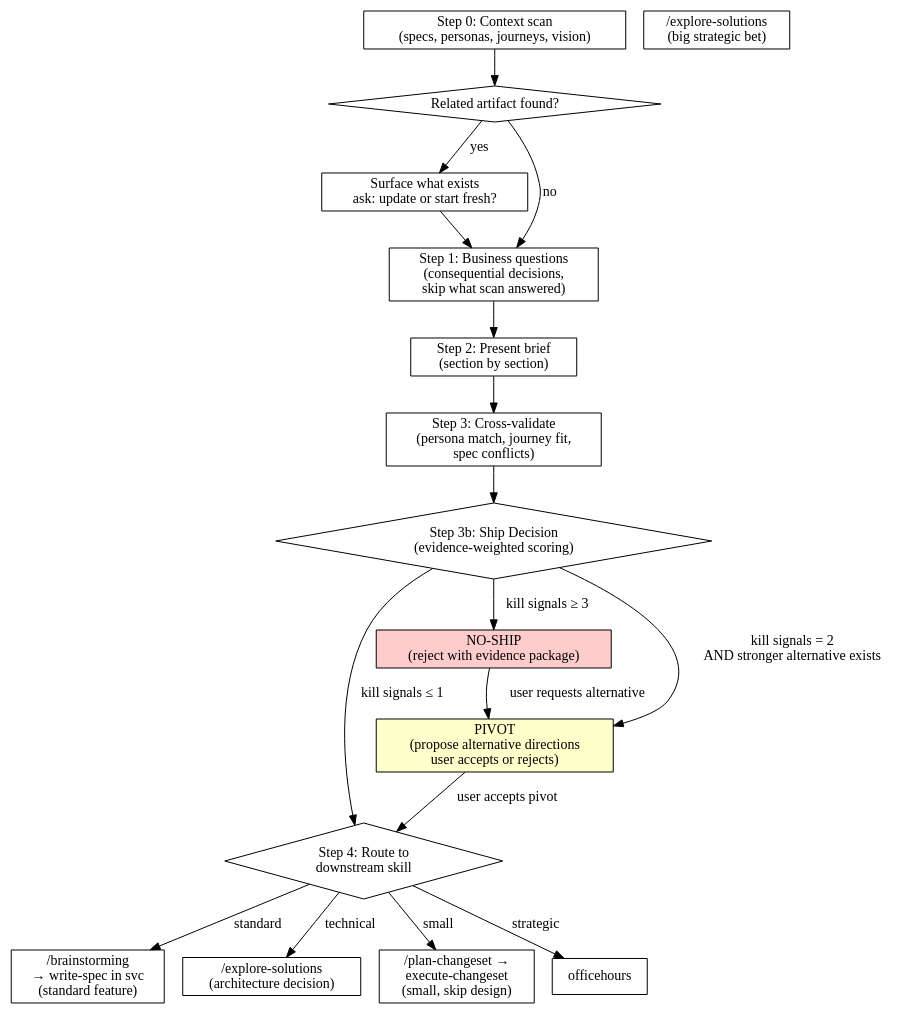
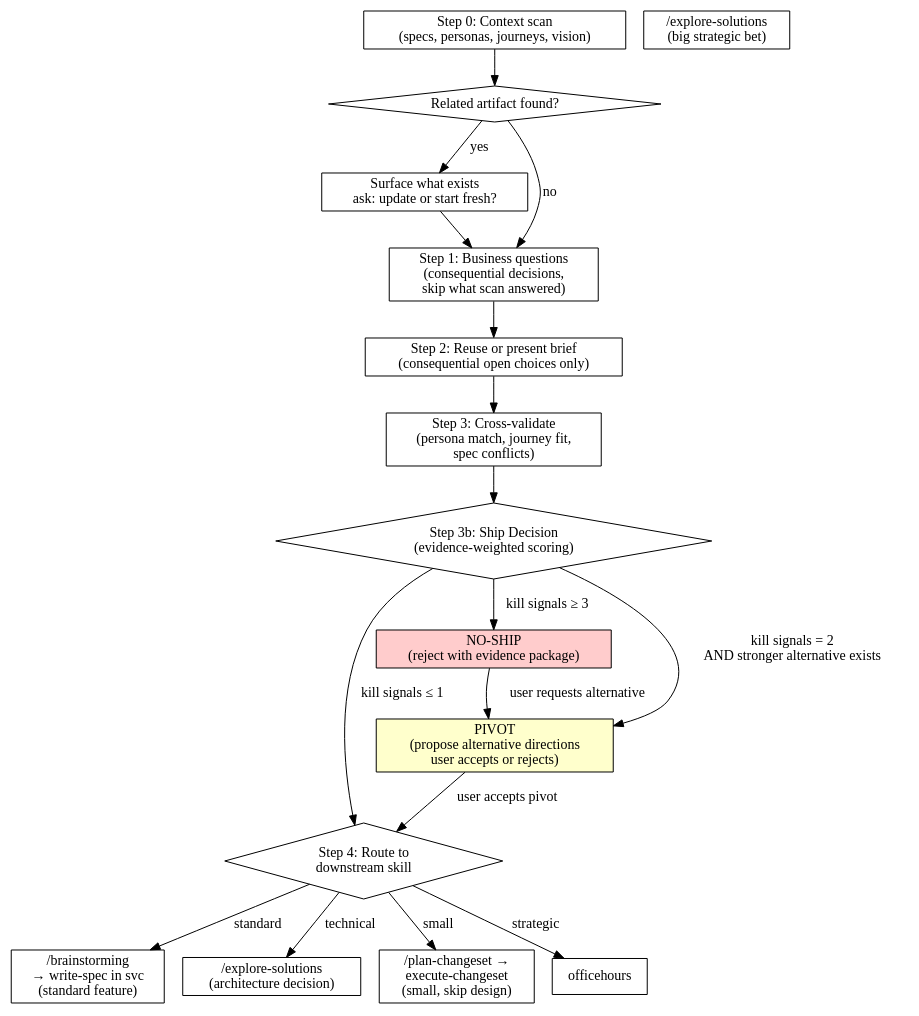
One commit to shipwithstef/ssve changed the diagram in skills/validate-feature/SKILL.md. Above: the diagram before and after it, drawn with Graphviz. The commit also changed other lines of this file and 8 other files, not shown here.

````diff
--- a/skills/validate-feature/SKILL.md
+++ b/skills/validate-feature/SKILL.md
@@ -117,39 +117,39 @@
 ```dot
 digraph feature_discovery {
     rankdir=TB;
     node [shape=box];
 
     scan [label="Step 0: Context scan\n(specs, personas, journeys, vision)"];
     existing [label="Related artifact found?" shape=diamond];
     surface [label="Surface what exists\nask: update or start fresh?"];
     questions [label="Step 1: Business questions\n(consequential decisions,\nskip what scan answered)"];
-    brief [label="Step 2: Present brief\n(section by section)"];
+    brief [label="Step 2: Reuse or present brief\n(consequential open choices only)"];
     crossval [label="Step 3: Cross-validate\n(persona match, journey fit,\nspec conflicts)"];
     verdict [label="Step 3b: Ship Decision\n(evidence-weighted scoring)" shape=diamond];
     route [label="Step 4: Route to\ndownstream skill" shape=diamond];
 
     noship [label="NO-SHIP\n(reject with evidence package)" shape=box style=filled fillcolor="#ffcccc"];
     pivot [label="PIVOT\n(propose alternative directions\nuser accepts or rejects)" shape=box style=filled fillcolor="#ffffcc"];
     brainstorm [label="/brainstorming\n→ write-spec in svc\n(standard feature)"];
     strategicbet [label="/explore-solutions\n(big strategic bet)"];
     explorer [label="/explore-solutions\n(architecture decision)"];
     plans [label="/plan-changeset →\nexecute-changeset\n(small, skip design)"];
 
     scan -> existing;
     existing -> surface [label="yes"];
     existing -> questions [label="no"];
     surface -> questions;
     questions -> brief;
     brief -> crossval;
     crossval -> verdict;
     verdict -> noship [label="kill signals ≥ 3"];
     verdict -> pivot [label="kill signals = 2\nAND stronger alternative exists"];
     verdict -> route [label="kill signals ≤ 1"];
     noship -> pivot [label="user requests alternative"];
     pivot -> route [label="user accepts pivot"];
     route -> brainstorm [label="standard"];
     route -> officehours [label="strategic"];
     route -> explorer [label="technical"];
     route -> plans [label="small"];
 }
 ```
````
